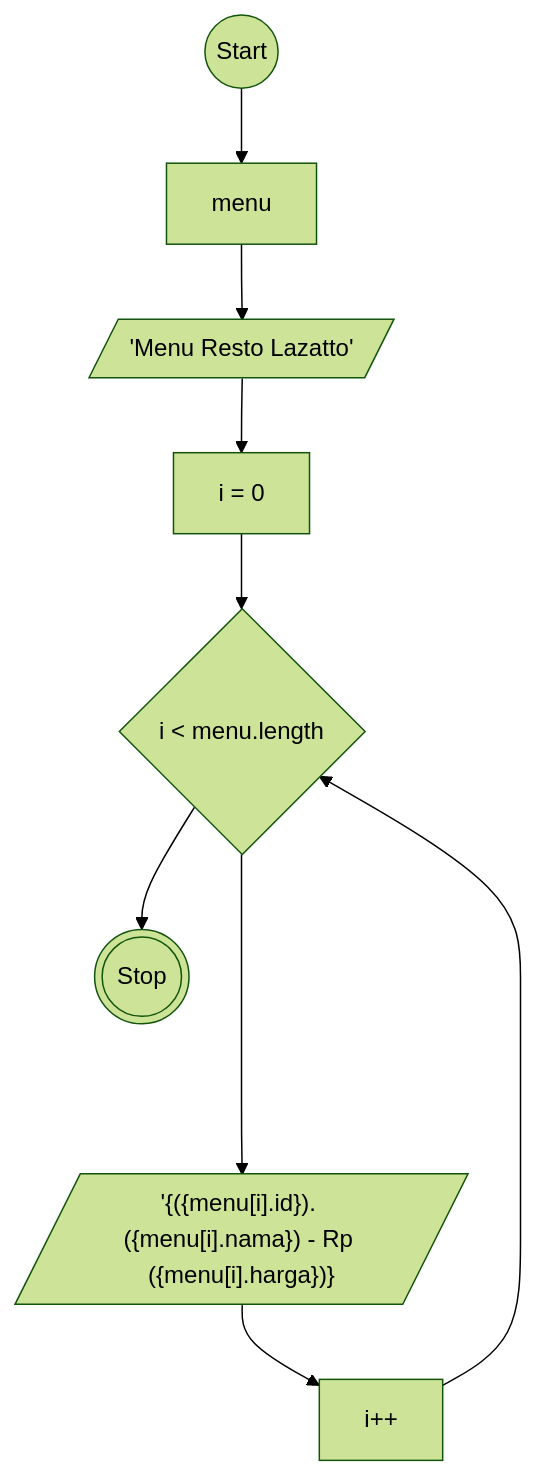
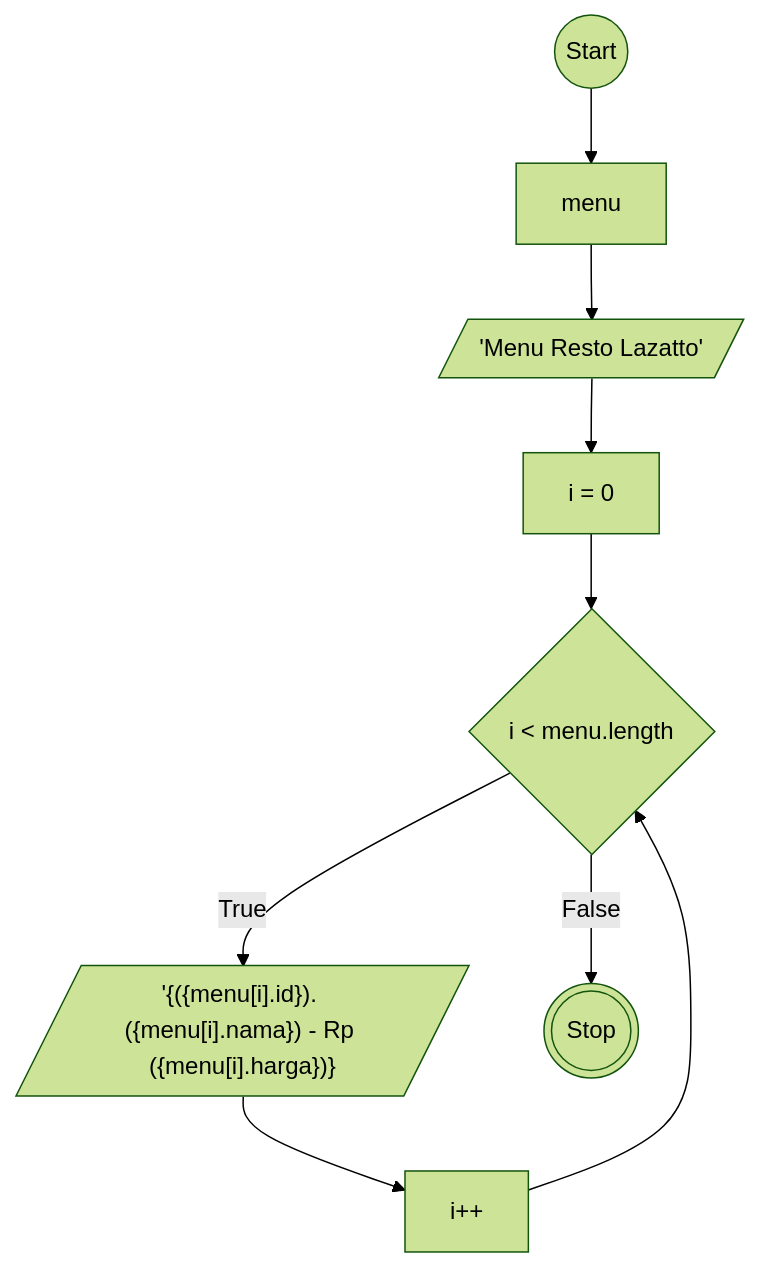
The second of 2 diagrams in readme.md (MuhamadRafliShidiq/koda-b8-weekly1), drawn with Mermaid (forest theme) before and after one commit.

````diff
--- a/readme.md
+++ b/readme.md
@@ -37,20 +37,20 @@
 ```mermaid
 
     flowchart TD
 
     a@{ shape: circle, label: "Start"}
     z@{ shape: rect, label: "menu"}
     b@{ shape: lean-r, label: "'Menu Resto Lazatto'"}
     c@{ shape: rect, label: "i = 0" }
     d@{ shape: diamond, label: "i < menu.length"}
     e@{ shape: lean-r, label : "'{({menu[i].id}). ({menu[i].nama}) - Rp ({menu[i].harga})}"}
     f@{ shape: rect, label: "i++" }
     g@{ shape: dbl-circ, label: "Stop"}
 
-    a-->z-->b-->c-->d-->g
+    a-->z-->b-->c-->d--False-->g
 
-    d---->e-->f
+    d--True-->e-->f
     f-->d
 
 
 ```
````
